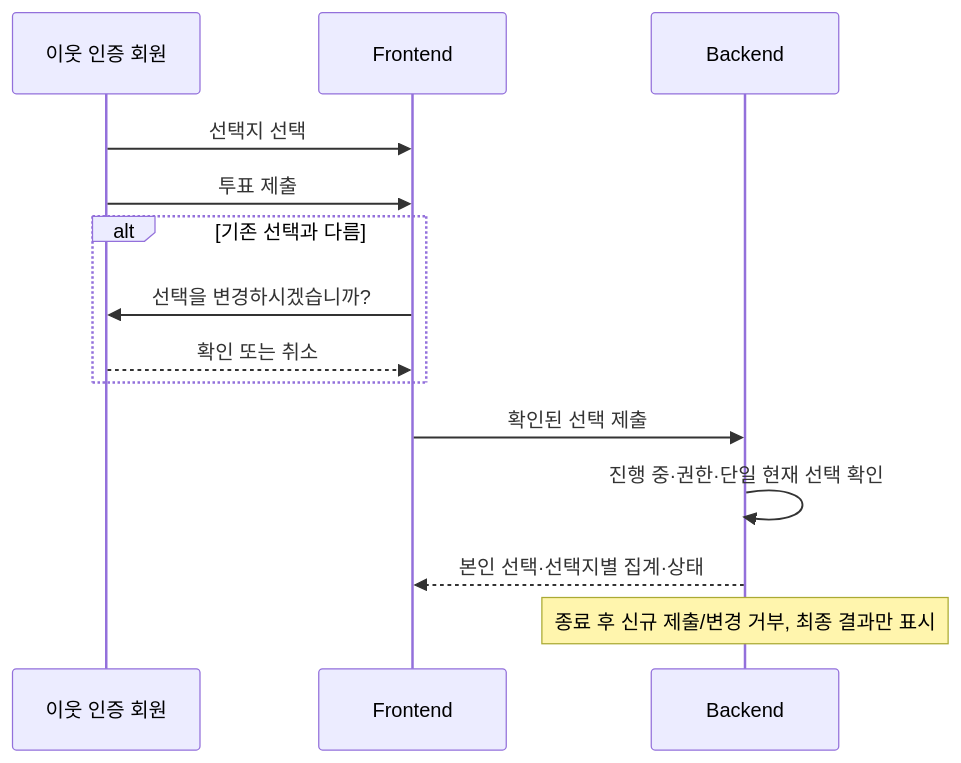
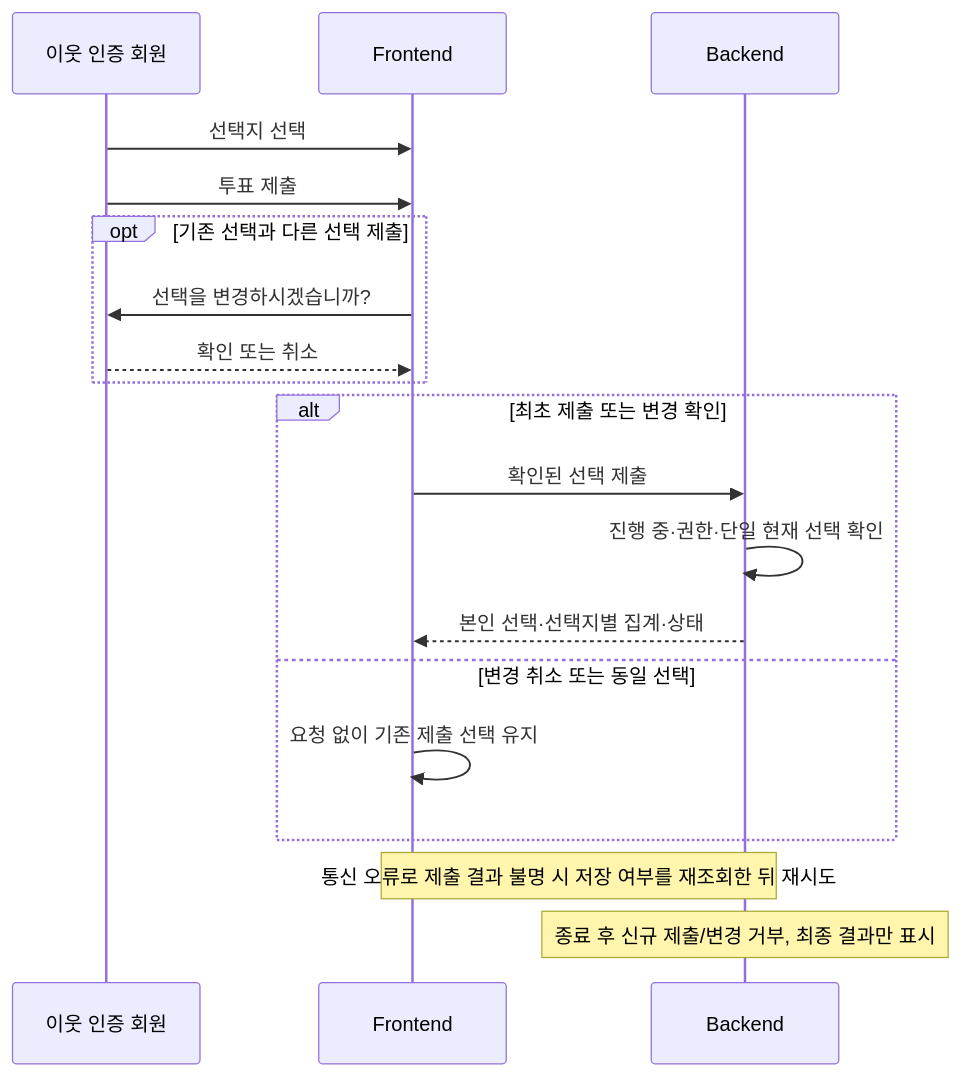
One commit to 2026-KW-HACKATHON/33_Last-Stand-Before-Enlistment changed the seventh of 8 diagrams in docs/specs/Discushion_MVP_백엔드_프론트엔드_통합_지침서.md. Above: the diagram before and after it, drawn with Mermaid. The commit also changed other lines of this file and 8 other files, not shown here.

````diff
--- a/docs/specs/Discushion_MVP_백엔드_프론트엔드_통합_지침서.md
+++ b/docs/specs/Discushion_MVP_백엔드_프론트엔드_통합_지침서.md
@@ -416,16 +554,21 @@
 ```mermaid
 sequenceDiagram
   participant U as 이웃 인증 회원
   participant FE as Frontend
   participant BE as Backend
   U->>FE: 선택지 선택
   U->>FE: 투표 제출
-  alt 기존 선택과 다름
+  opt 기존 선택과 다른 선택 제출
     FE->>U: 선택을 변경하시겠습니까?
     U-->>FE: 확인 또는 취소
   end
-  FE->>BE: 확인된 선택 제출
-  BE->>BE: 진행 중·권한·단일 현재 선택 확인
-  BE-->>FE: 본인 선택·선택지별 집계·상태
+  alt 최초 제출 또는 변경 확인
+    FE->>BE: 확인된 선택 제출
+    BE->>BE: 진행 중·권한·단일 현재 선택 확인
+    BE-->>FE: 본인 선택·선택지별 집계·상태
+  else 변경 취소 또는 동일 선택
+    FE->>FE: 요청 없이 기존 제출 선택 유지
+  end
+  Note over FE,BE: 통신 오류로 제출 결과 불명 시 저장 여부를 재조회한 뒤 재시도
   Note over BE: 종료 후 신규 제출/변경 거부, 최종 결과만 표시
 ```
````
